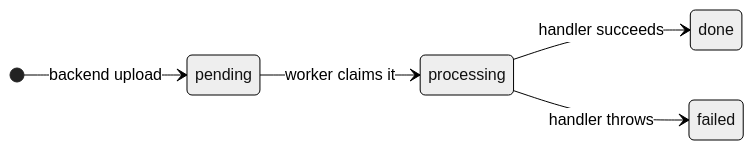
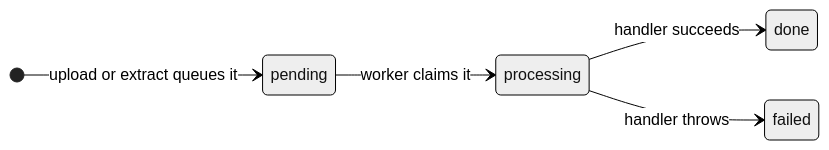
One commit to kristifidani/personal-document-manager changed the diagram in apps/worker/README.md. Above: the diagram before and after it, drawn with Mermaid (neutral theme). The commit also changed other lines of this file and 12 other files, not shown here.

````diff
--- a/apps/worker/README.md
+++ b/apps/worker/README.md
@@ -20,8 +20,8 @@
 ```mermaid
 stateDiagram-v2
     direction LR
-    [*] --> pending: backend upload
+    [*] --> pending: upload or extract queues it
     pending --> processing: worker claims it
     processing --> done: handler succeeds
     processing --> failed: handler throws
 ```
````
